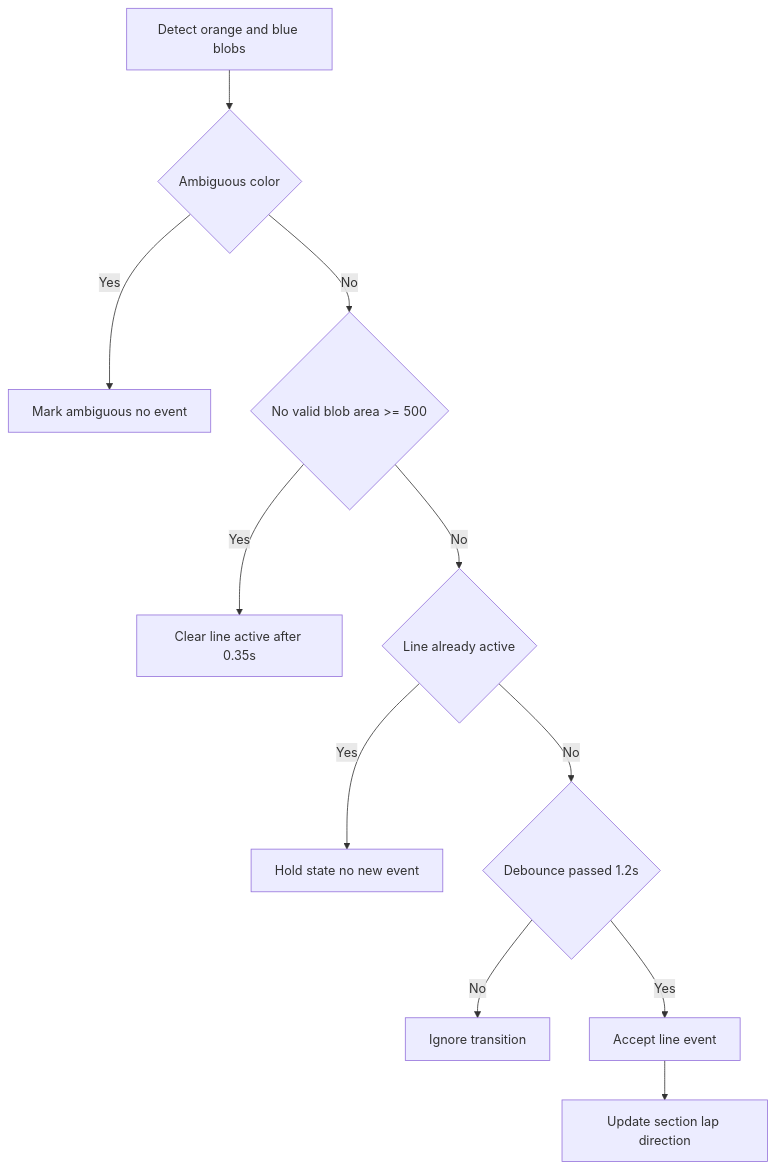
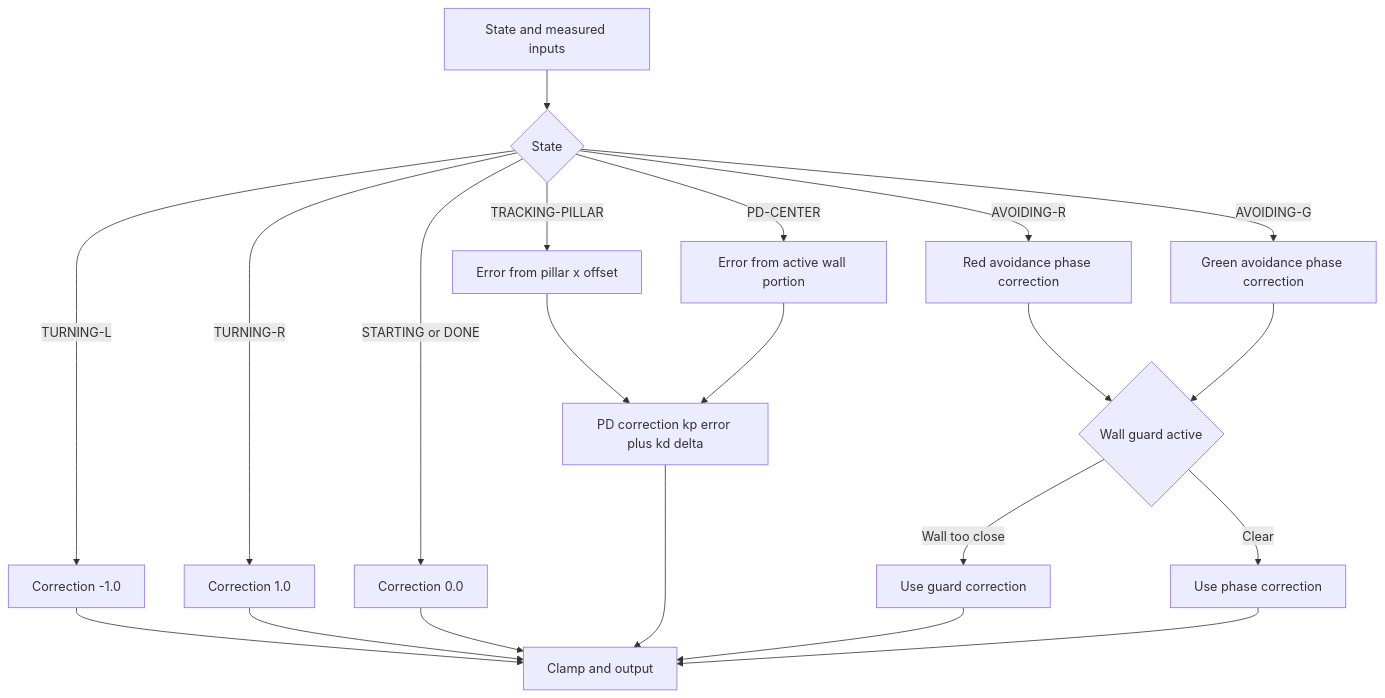
The fourth of 8 diagrams in README.md (berkemutluu/Flame-WRO-FE), drawn with Mermaid before and after one commit. The commit also changed other lines of this file, not shown here.

````diff
--- a/README.md
+++ b/README.md
@@ -825,13 +879,23 @@
-```mermaid
-flowchart TD
-    A[Detect orange and blue blobs] --> B{Ambiguous color}
-    B -- Yes --> C[Mark ambiguous no event]
-    B -- No --> D{No valid blob area >= 500}
-    D -- Yes --> E[Clear line active after 0.35s]
-    D -- No --> F{Line already active}
-    F -- Yes --> G[Hold state no new event]
-    F -- No --> H{Debounce passed 1.2s}
-    H -- No --> I[Ignore transition]
-    H -- Yes --> J[Accept line event]
-    J --> K[Update section lap direction]
-```
+```mermaid  
+flowchart TD  
+    A[State and measured inputs] --> B{State}  
+    B -- TRACKING-PILLAR --> C[Error from pillar x offset]  
+    B -- PD-CENTER --> D[Error from active wall portion]  
+    B -- TURNING-L --> E[Correction -1.0]  
+    B -- TURNING-R --> F[Correction 1.0]  
+    B -- AVOIDING-R --> G[Red avoidance phase correction]  
+    B -- AVOIDING-G --> H[Green avoidance phase correction]  
+    B -- STARTING or DONE --> I[Correction 0.0]  
+    C --> J[PD correction kp error plus kd delta]  
+    D --> J  
+    G --> K{Wall guard active}  
+    H --> K  
+    K -- Wall too close --> L[Use guard correction]  
+    K -- Clear --> M[Use phase correction]  
+    E --> N[Clamp and output]  
+    F --> N  
+    I --> N  
+    J --> N  
+    L --> N  
+    M --> N  
+```  
````
